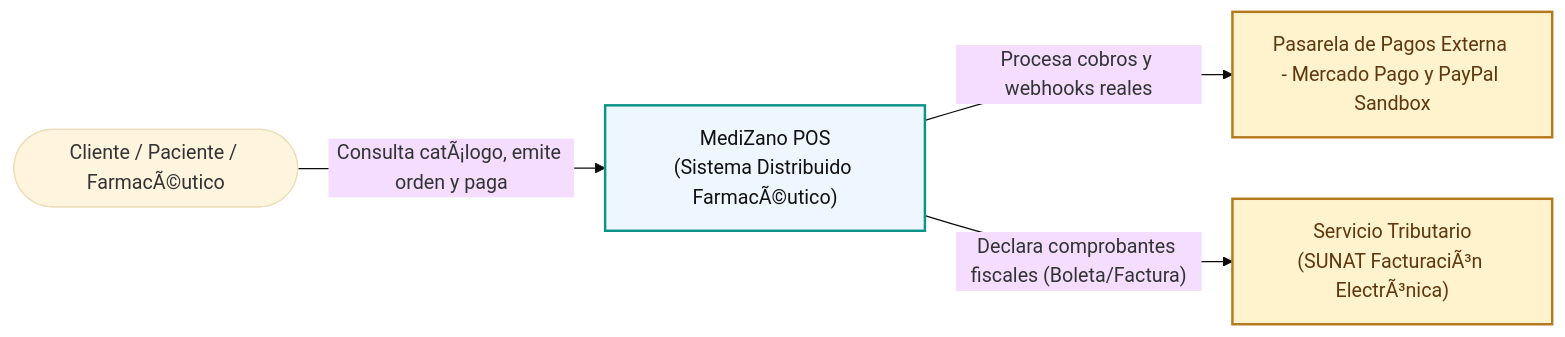
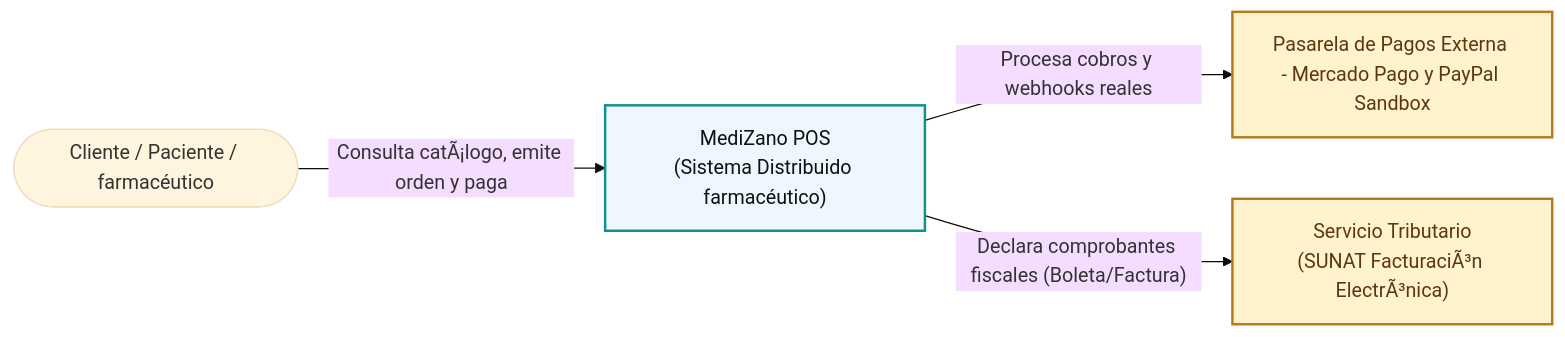
Before and after one commit to rbn-69-cod/MediZano_microservicios: the second of 4 diagrams in docs/index.md, drawn with Mermaid (base theme). The commit also changed other lines of this file and 11 other files, not shown here.

````diff
--- a/docs/index.md
+++ b/docs/index.md
@@ -253,16 +253,16 @@
 ```mermaid
 flowchart LR
-    Usuario(["Cliente / Paciente / FarmacÃ©utico"])
-    MediZano["MediZano POS\n(Sistema Distribuido FarmacÃ©utico)"]
+    Usuario(["Cliente / Paciente / farmacéutico"])
+    MediZano["MediZano POS\n(Sistema Distribuido farmacéutico)"]
     MercadoPago["Pasarela de Pagos Externa - Mercado Pago y PayPal Sandbox"]
     Sunat["Servicio Tributario\n(SUNAT FacturaciÃ³n ElectrÃ³nica)"]
 
     Usuario -->|"Consulta catÃ¡logo, emite orden y paga"| MediZano
     MediZano -->|"Procesa cobros y webhooks reales"| MercadoPago
     MediZano -->|"Declara comprobantes fiscales (Boleta/Factura)"| Sunat
 
     classDef system fill:#eef6ff,stroke:#0d9488,stroke-width:2px,color:#111;
     classDef external fill:#fff3cd,stroke:#b7791f,stroke-width:2px,color:#5f370e;
     class MediZano system;
     class MercadoPago,Sunat external;
 ```
````
